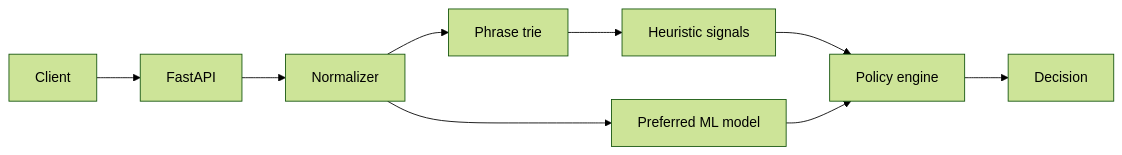
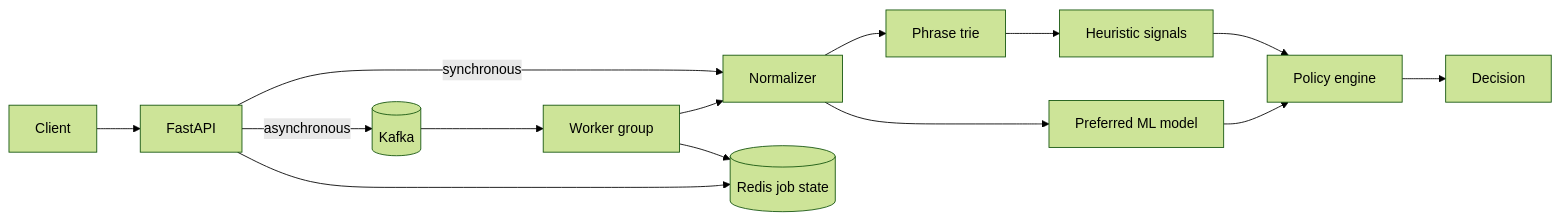
The diagram in docs/architecture.md (triablefungi/sentinel-content-safety-platform), drawn with Mermaid (forest theme) before and after one commit. The commit also changed other lines of this file and 24 other files, not shown here.

Commit message:
Add distributed moderation pipeline with Kafka and Redis

````diff
--- a/docs/architecture.md
+++ b/docs/architecture.md
@@ -11,11 +10,16 @@
 ```mermaid
 flowchart LR
     A[Client] --> B[FastAPI]
-    B --> C[Normalizer]
+    B -->|synchronous| C[Normalizer]
     C --> D[Phrase trie]
     D --> E[Heuristic signals]
     C --> F[Preferred ML model]
     E --> G[Policy engine]
     F --> G
     G --> H[Decision]
+    B -->|asynchronous| K[(Kafka)]
+    K --> W[Worker group]
+    W --> C
+    B --> R[(Redis job state)]
+    W --> R
 ```
````
